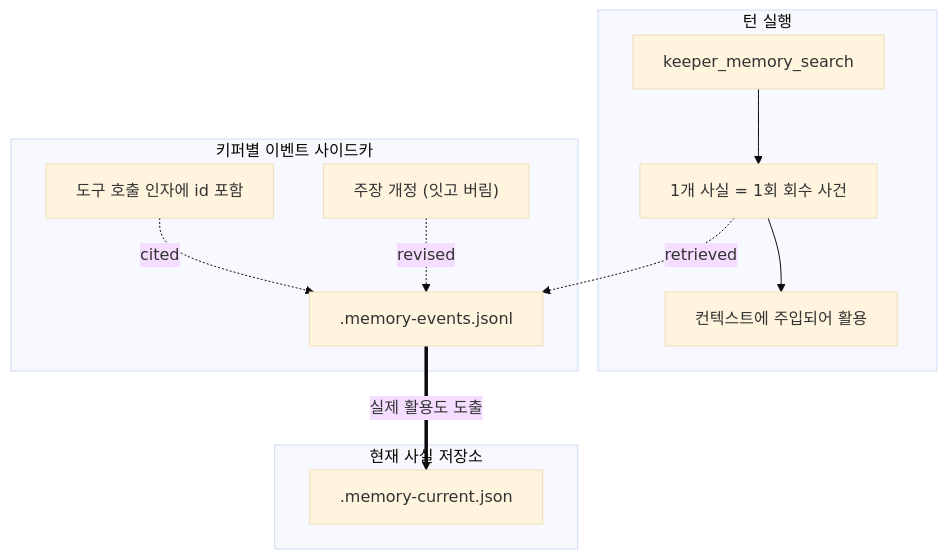
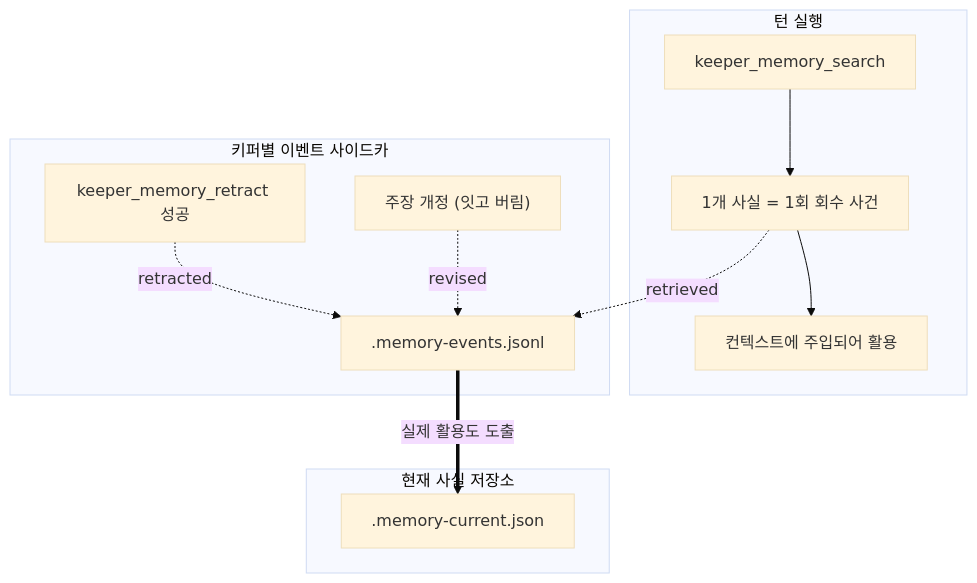
One commit to jeong-sik/masc changed the diagram in docs-site/src/content/docs/ko/architecture/memory-os.md. Above: the diagram before and after it, drawn with Mermaid (base theme). The commit also changed other lines of this file and 3 other files, not shown here.

````diff
--- a/docs-site/src/content/docs/ko/architecture/memory-os.md
+++ b/docs-site/src/content/docs/ko/architecture/memory-os.md
@@ -29,17 +29,17 @@
 ```mermaid
 flowchart TD
     subgraph Execution ["턴 실행"]
         Q["keeper_memory_search"] --> RET["1개 사실 = 1회 회수 사건"]
         RET --> USE["컨텍스트에 주입되어 활용"]
     end
 
     subgraph Sidecar ["키퍼별 이벤트 사이드카"]
         RET -.->|"retrieved"| EV["<keeper>.memory-events.jsonl"]
-        TOOL["도구 호출 인자에 id 포함"] -.->|"cited"| EV
+        DROP["keeper_memory_retract 성공"] -.->|"retracted"| EV
         REV["주장 개정 (잇고 버림)"] -.->|"revised"| EV
     end
 
     subgraph Facts ["현재 사실 저장소"]
         EV ==>|"실제 활용도 도출"| DB["<keeper>.memory-current.json"]
     end
 ```
````
